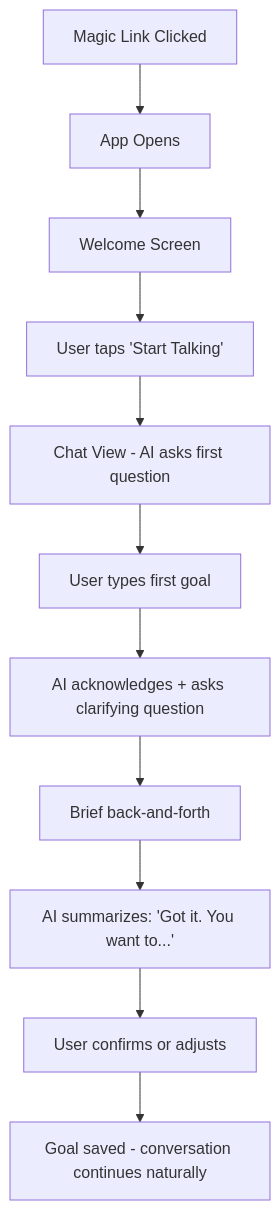
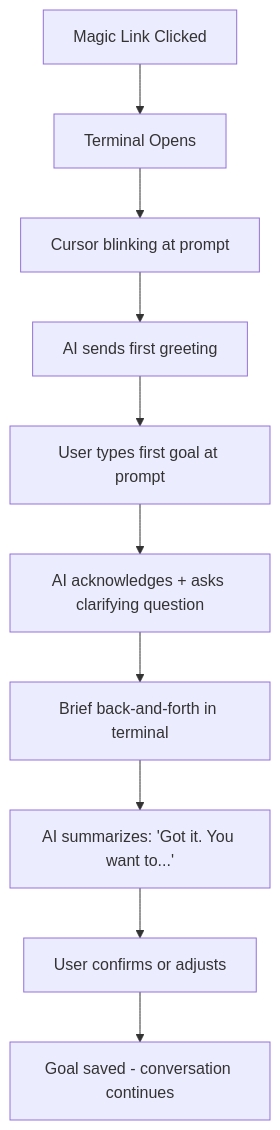
One commit to justinfinch-copoint/resolution-tracker changed the first of 4 diagrams in _bmad-output/planning-artifacts/ux-design-specification.md. Above: the diagram before and after it, drawn with Mermaid. The commit also changed other lines of this file and 4 other files, not shown here.

````diff
--- a/_bmad-output/planning-artifacts/ux-design-specification.md
+++ b/_bmad-output/planning-artifacts/ux-design-specification.md
@@ -611,13 +654,12 @@
 ```mermaid
 flowchart TD
-    A[Magic Link Clicked] --> B[App Opens]
-    B --> C[Welcome Screen]
-    C --> D[User taps 'Start Talking']
-    D --> E[Chat View - AI asks first question]
-    E --> F[User types first goal]
-    F --> G[AI acknowledges + asks clarifying question]
-    G --> H[Brief back-and-forth]
-    H --> I[AI summarizes: 'Got it. You want to...']
-    I --> J[User confirms or adjusts]
-    J --> K[Goal saved - conversation continues naturally]
+    A[Magic Link Clicked] --> B[Terminal Opens]
+    B --> C[Cursor blinking at prompt]
+    C --> D[AI sends first greeting]
+    D --> E[User types first goal at prompt]
+    E --> F[AI acknowledges + asks clarifying question]
+    F --> G[Brief back-and-forth in terminal]
+    G --> H[AI summarizes: 'Got it. You want to...']
+    H --> I[User confirms or adjusts]
+    I --> J[Goal saved - conversation continues]
 ```
````
